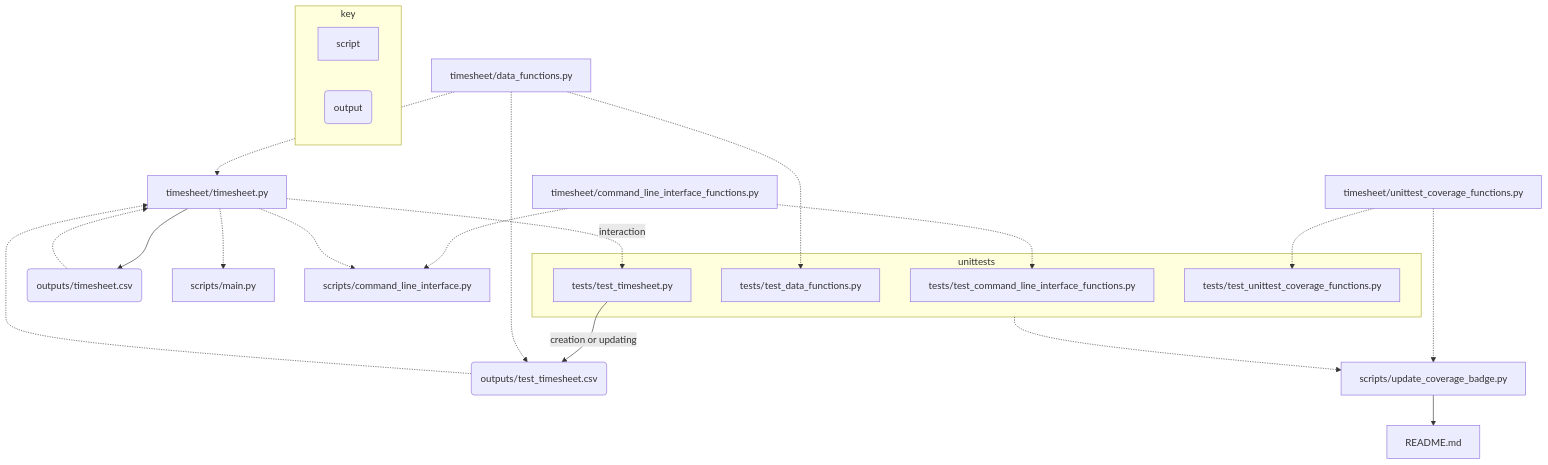
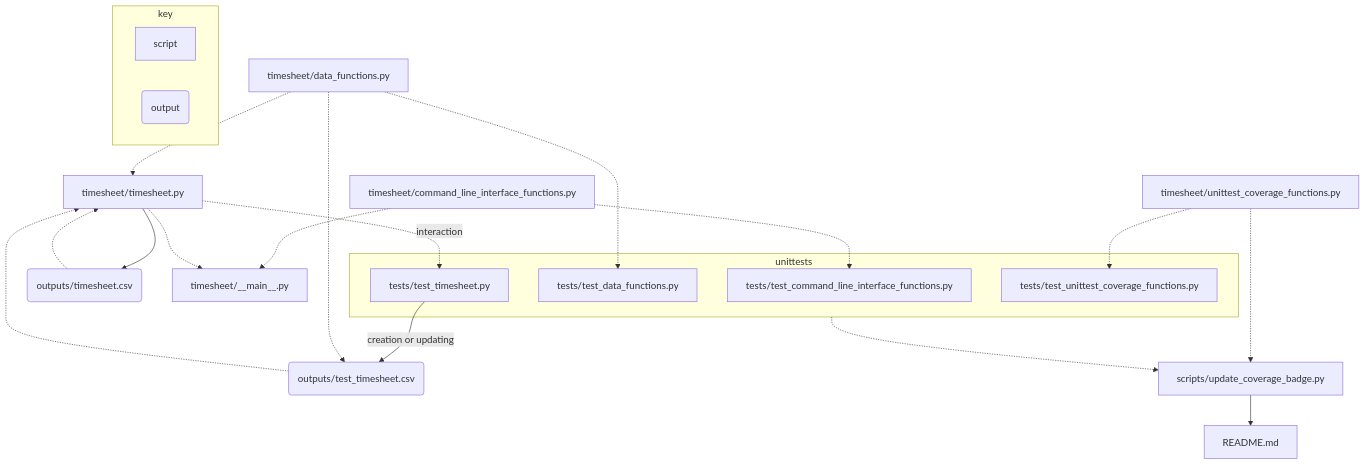
The diagram in README.md (JosephCrispell/timesheet), drawn with Mermaid before and after one commit. The commit also changed other lines of this file, not shown here.

Commit message:
Updated README with __main__.py instructions

````diff
--- a/README.md
+++ b/README.md
@@ -109,29 +108,28 @@
 ```mermaid
   graph TD
     timesheet[timesheet/timesheet.py] --> data(outputs/timesheet.csv);
     data .-> timesheet;
     data_functions[timesheet/data_functions.py] .-> timesheet;
     timesheet .->|interaction| test_timesheet[tests/test_timesheet.py];
     data_functions .-> test_data_functions[tests/test_data_functions.py];
     test_timesheet -->|creation or updating| test_data(outputs/test_timesheet.csv);
     test_data .-> timesheet;
     data_functions .-> test_data;
-    timesheet .-> main[scripts/main.py];
-    cli_functions[timesheet/command_line_interface_functions.py] .-> cli[scripts/command_line_interface.py];
+    cli_functions[timesheet/command_line_interface_functions.py] .-> cli[timesheet/__main__.py];
     cli_functions .-> test_cli
     timesheet .-> cli
     subgraph "key"
         k1[script];
         k2(output);
     end
     coverage_functions[timesheet/unittest_coverage_functions.py] .-> update_coverage_badge[scripts/update_coverage_badge.py];
     coverage_functions .-> test_coverage[tests/test_unittest_coverage_functions.py];
     update_coverage_badge --> readme[README.md];
     subgraph "unittests"
         test_timesheet[tests/test_timesheet.py];
         test_data_functions[tests/test_data_functions.py];
         test_coverage[tests/test_unittest_coverage_functions.py];
         test_cli[tests/test_command_line_interface_functions.py];
     end
     unittests .-> update_coverage_badge
 ```
````
